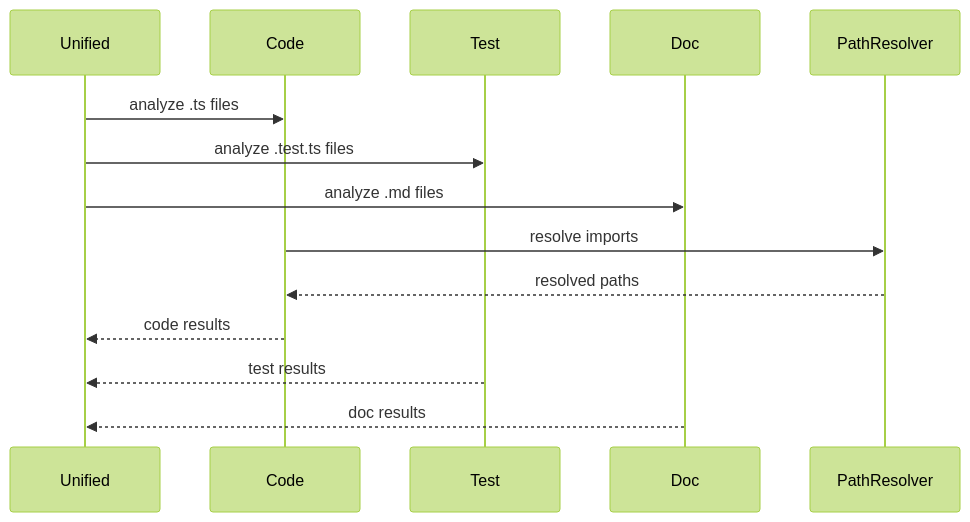
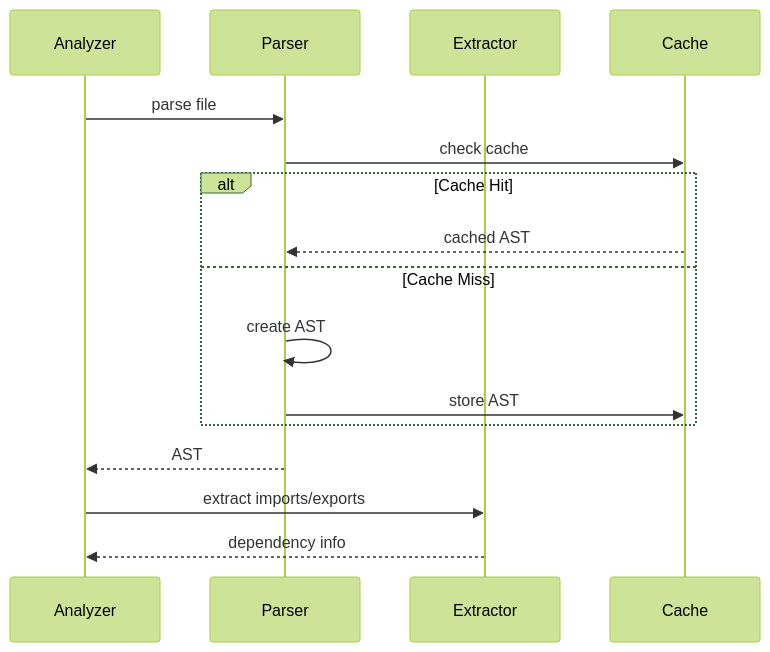
Before and after one commit to mineclover/deps-cli: the third of 5 diagrams in docs/ARCHITECTURE.md, drawn with Mermaid (forest theme). The commit also changed other lines of this file and 41 other files, not shown here.

````diff
--- a/docs/ARCHITECTURE.md
+++ b/docs/ARCHITECTURE.md
@@ -203,19 +283,20 @@
 ```mermaid
 sequenceDiagram
-    participant Unified
-    participant Code
-    participant Test
-    participant Doc
-    participant PathResolver
+    participant Analyzer
+    participant Parser
+    participant Extractor
+    participant Cache
 
-    Unified->>Code: analyze .ts files
-    Unified->>Test: analyze .test.ts files
-    Unified->>Doc: analyze .md files
+    Analyzer->>Parser: parse file
+    Parser->>Cache: check cache
+    alt Cache Hit
+        Cache-->>Parser: cached AST
+    else Cache Miss
+        Parser->>Parser: create AST
+        Parser->>Cache: store AST
+    end
+    Parser-->>Analyzer: AST
 
-    Code->>PathResolver: resolve imports
-    PathResolver-->>Code: resolved paths
-
-    Code-->>Unified: code results
-    Test-->>Unified: test results
-    Doc-->>Unified: doc results
+    Analyzer->>Extractor: extract imports/exports
+    Extractor-->>Analyzer: dependency info
 ```
````
